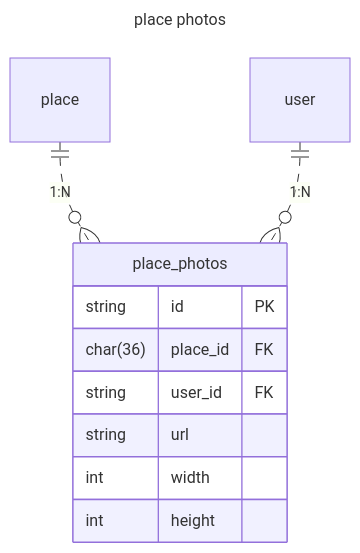
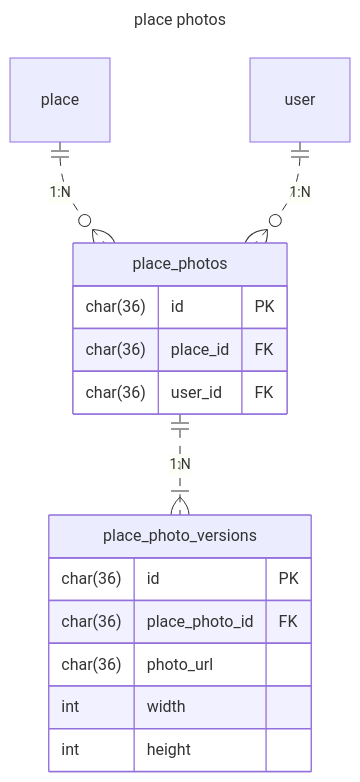
Before and after one commit to poroto-app/planner: the third of 8 diagrams in doc/database/er.md, drawn with Mermaid.

Commit message:
er図更新

````diff
--- a/doc/database/er.md
+++ b/doc/database/er.md
@@ -108,17 +108,23 @@
 ```mermaid
 ---
 title: place photos
 ---
 erDiagram
 	place_photos {
-		string id PK
+		char(36) id PK
 		char(36) place_id FK
-		string user_id FK
-		string url
+		char(36) user_id FK
+	}
+
+    place_photo_versions {
+        char(36) id PK
+        char(36) place_photo_id FK
+        char(36) photo_url
 		int width
 		int height
-	}
+    }
 
 	place ||..o{ place_photos: "1:N"
 	user ||..o{ place_photos: "1:N"
+    place_photos ||..|{ place_photo_versions: "1:N"
 ```
````
